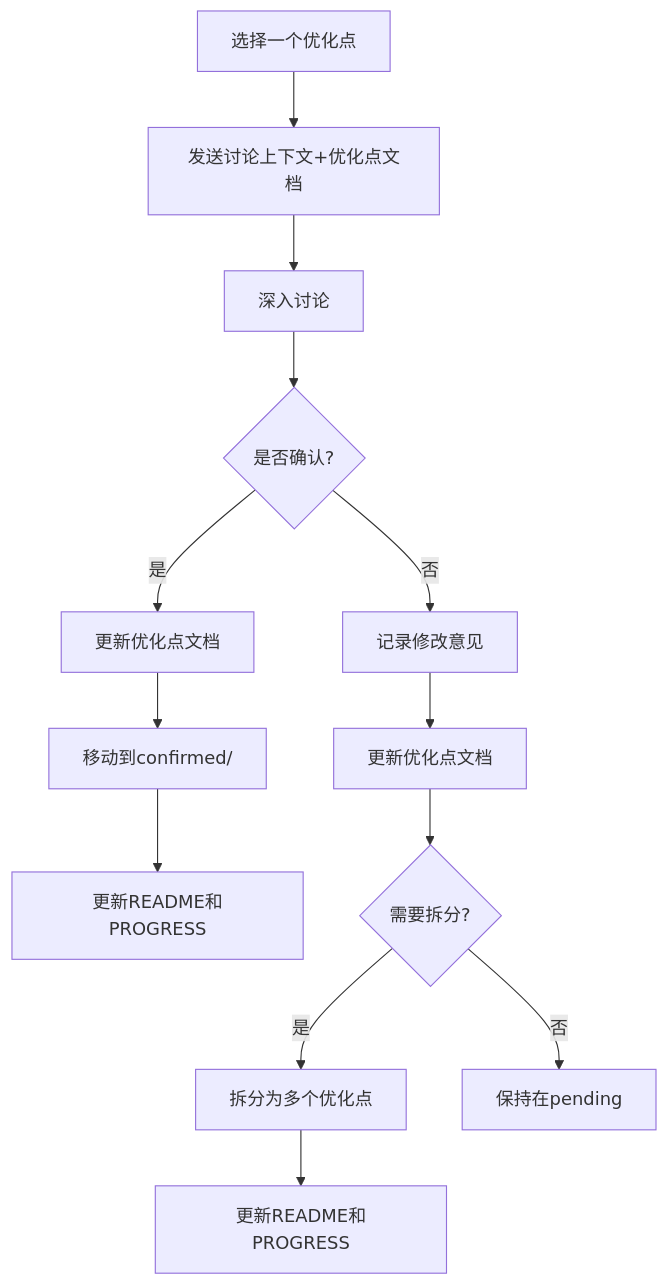
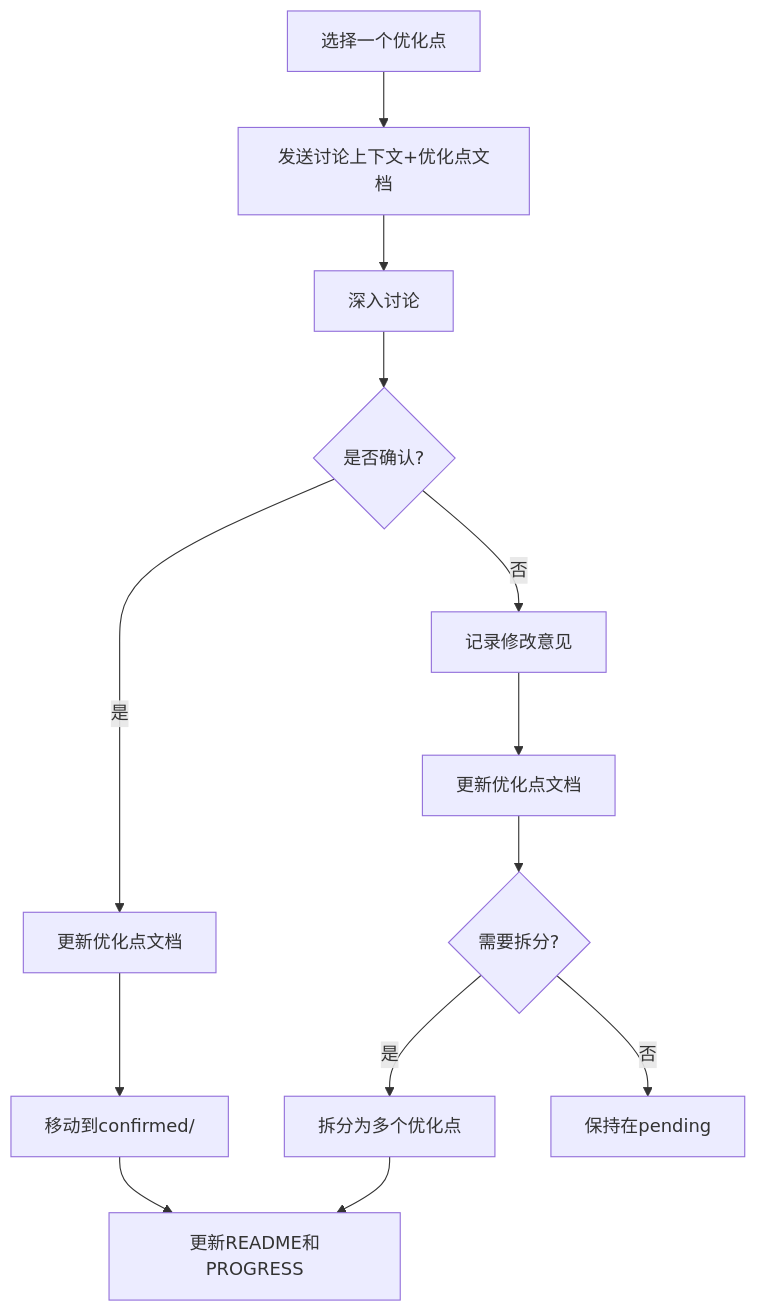
One commit to zibuyu2015831/AI-Coding-Context changed the first of 2 diagrams in dev/V3.0/DISCUSSION_CONTEXT.md. Above: the diagram before and after it, drawn with Mermaid. The commit also changed other lines of this file and 19 other files, not shown here.

````diff
--- a/dev/V3.0/DISCUSSION_CONTEXT.md
+++ b/dev/V3.0/DISCUSSION_CONTEXT.md
@@ -103,15 +108,15 @@
 ```mermaid
-graph TD
-    A[选择一个优化点] --> B[发送讨论上下文+优化点文档]
-    B --> C[深入讨论]
-    C --> D{是否确认?}
-    D -->|是| E[更新优化点文档]
-    E --> F[移动到confirmed/]
-    F --> G[更新README和PROGRESS]
-    D -->|否| H[记录修改意见]
-    H --> I[更新优化点文档]
-    I --> J{需要拆分?}
-    J -->|是| K[拆分为多个优化点]
-    J -->|否| L[保持在pending]
-    K --> M[更新README和PROGRESS]
+flowchart TD
+    A["选择一个优化点"] --> B["发送讨论上下文+优化点文档"]
+    B --> C["深入讨论"]
+    C --> D{"是否确认?"}
+    D -->|是| E["更新优化点文档"]
+    E --> F["移动到confirmed/"]
+    F --> G["更新README和PROGRESS"]
+    D -->|否| H["记录修改意见"]
+    H --> I["更新优化点文档"]
+    I --> J{"需要拆分?"}
+    J -->|是| K["拆分为多个优化点"]
+    J -->|否| L["保持在pending"]
+    K --> G
 ```
````
